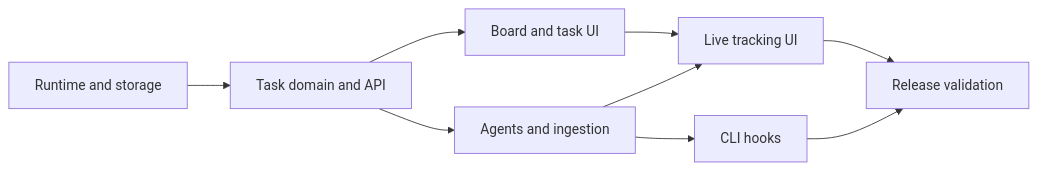
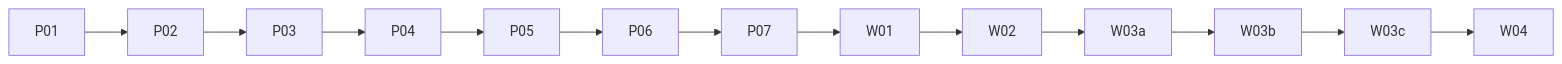
The diagram in PLAN.md (AlesSystems/agentflow), drawn with Mermaid before and after one commit. The commit also changed other lines of this file and 16 other files, not shown here.

````diff
--- a/PLAN.md
+++ b/PLAN.md
@@ -15,11 +24,5 @@
 ```mermaid
 flowchart LR
-    P01[Runtime and storage] --> P02[Task domain and API]
-    P02 --> P03[Board and task UI]
-    P02 --> P04[Agents and ingestion]
-    P03 --> P05[Live tracking UI]
-    P04 --> P05
-    P04 --> P06[CLI hooks]
-    P05 --> P07[Release validation]
-    P06 --> P07
+    P01 --> P02 --> P03 --> P04 --> P05 --> P06 --> P07
+    P07 --> W01 --> W02 --> W03a --> W03b --> W03c --> W04
 ```
````
